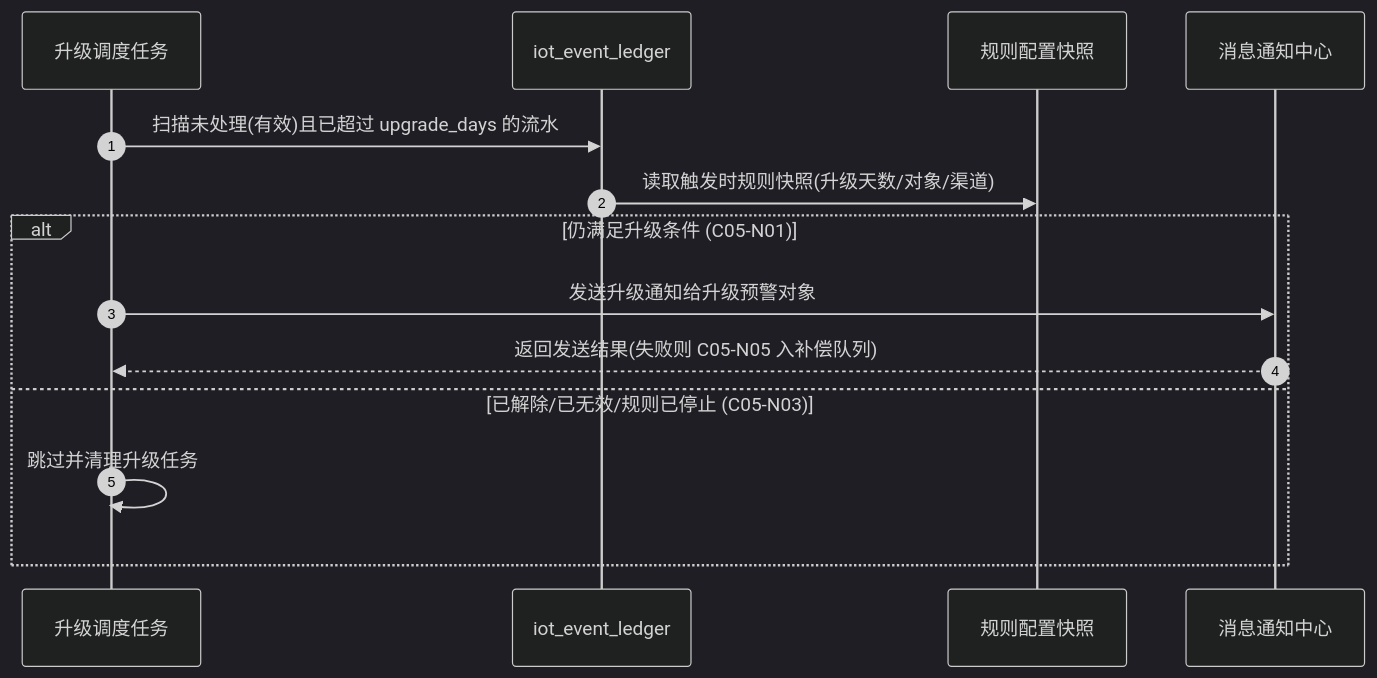
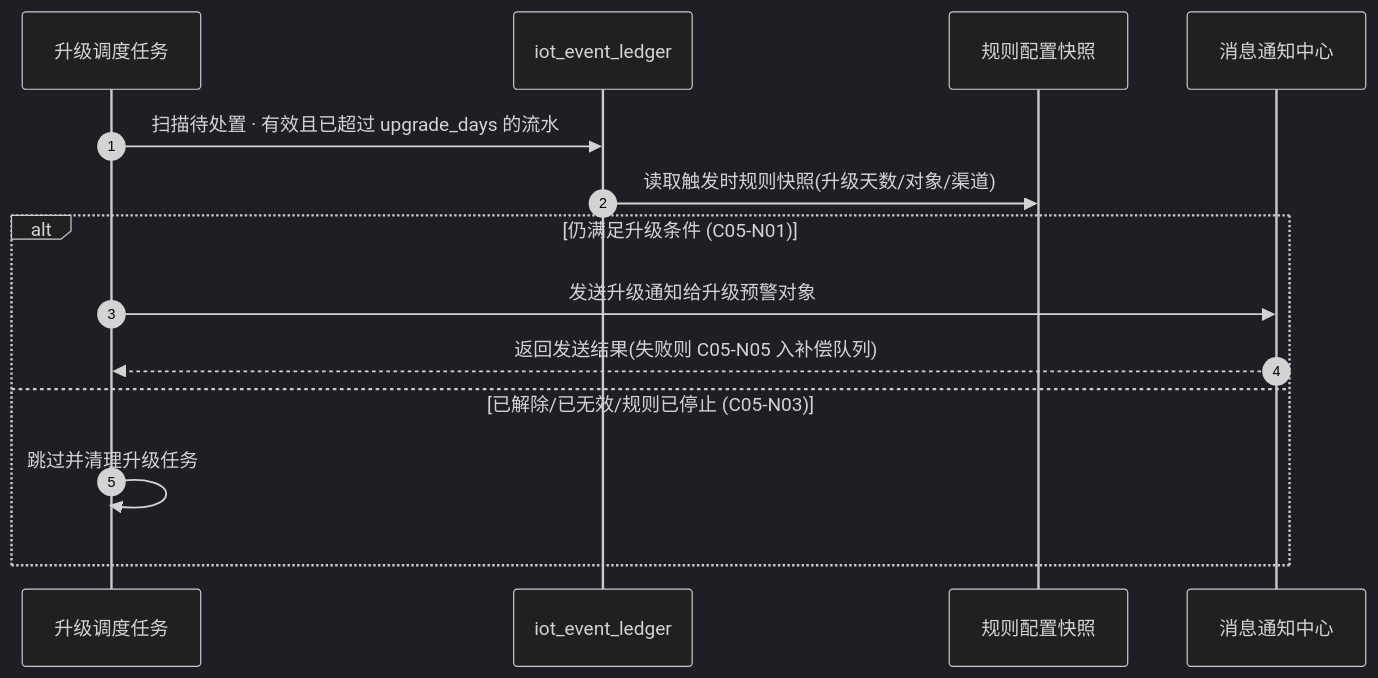
One commit to RobertHuang999/SYZC changed the fifth of 5 diagrams in 02-PRD文档/B-迭代需求/6.2版本（2026.08）/02-预警信息/01设备预警信息/设备预警信息业务规则规格.md. Above: the diagram before and after it, drawn with Mermaid (dark theme). The commit also changed other lines of this file and 70 other files, not shown here.

````diff
--- a/02-PRD文档/B-迭代需求/6.2版本（2026.08）/02-预警信息/01设备预警信息/设备预警信息业务规则规格.md
+++ b/02-PRD文档/B-迭代需求/6.2版本（2026.08）/02-预警信息/01设备预警信息/设备预警信息业务规则规格.md
@@ -370,17 +380,17 @@
 ```mermaid
 sequenceDiagram
     autonumber
     participant SCH as 升级调度任务
     participant DB as iot_event_ledger
     participant RULE as 规则配置快照
     participant MSG as 消息通知中心
 
-    SCH->>DB: 扫描未处理(有效)且已超过 upgrade_days 的流水
+    SCH->>DB: 扫描待处置 · 有效且已超过 upgrade_days 的流水
     DB->>RULE: 读取触发时规则快照(升级天数/对象/渠道)
     alt 仍满足升级条件 (C05-N01)
         SCH->>MSG: 发送升级通知给升级预警对象
         MSG-->>SCH: 返回发送结果(失败则 C05-N05 入补偿队列)
     else 已解除/已无效/规则已停止 (C05-N03)
         SCH->>SCH: 跳过并清理升级任务
     end
 ```
````
